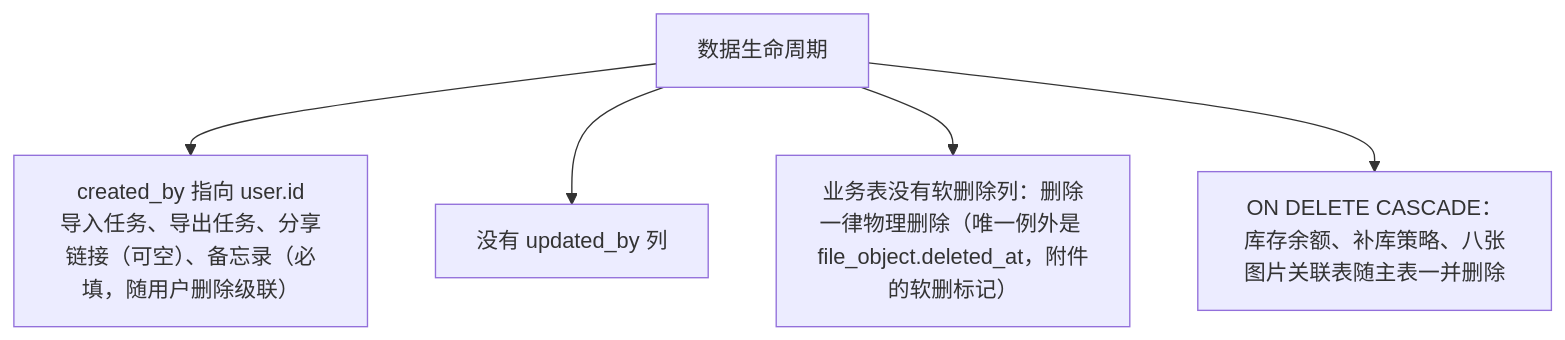
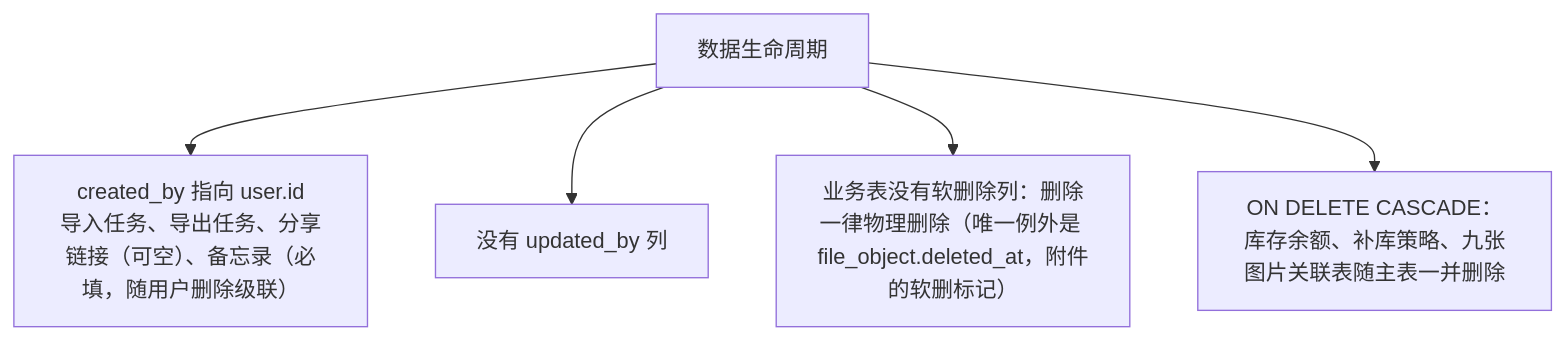
Before and after one commit to Sakana-1314/Electrical-Manager: the fourth of 21 diagrams in docs/websites/pages/dev-data-model.md, drawn with Mermaid. The commit also changed other lines of this file and 47 other files, not shown here.

Commit message:
feat: 新增工作管理模块（工作总览 / 任务视图 / 人员视图） (#344)

````diff
--- a/docs/websites/pages/dev-data-model.md
+++ b/docs/websites/pages/dev-data-model.md
@@ -104,8 +104,8 @@
 ```mermaid
 flowchart TD
     R["数据生命周期"]
     R --> C["created_by 指向 user.id<br/>导入任务、导出任务、分享链接（可空）、备忘录（必填，随用户删除级联）"]
     R --> U["没有 updated_by 列"]
     R --> S["业务表没有软删除列：删除一律物理删除（唯一例外是 file_object.deleted_at，附件的软删标记）"]
-    R --> D["ON DELETE CASCADE：库存余额、补库策略、八张图片关联表随主表一并删除"]
+    R --> D["ON DELETE CASCADE：库存余额、补库策略、九张图片关联表随主表一并删除"]
 ```
````
